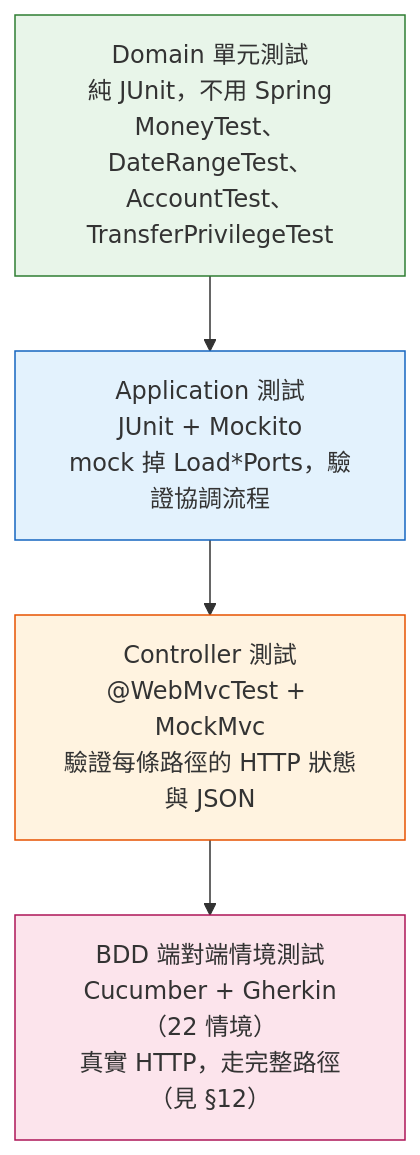
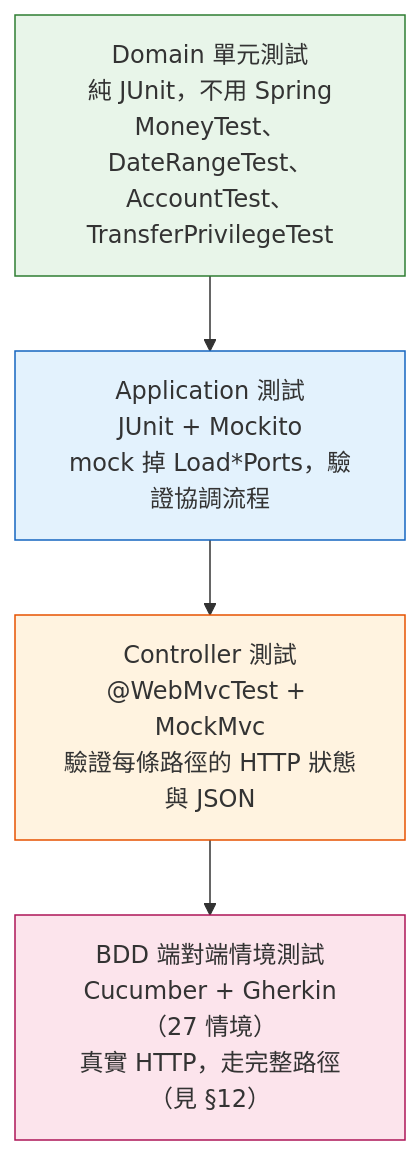
Before and after one commit to ChunPingWang/spring-boot-ddd-hexagonal-cqrs-tutorial: the sixth of 7 diagrams in README.md, drawn with Mermaid. The commit also changed other lines of this file and 24 other files, not shown here.

````diff
--- a/README.md
+++ b/README.md
@@ -452,12 +458,12 @@
 ```mermaid
 flowchart TB
     D["Domain 單元測試<br/>純 JUnit，不用 Spring<br/>MoneyTest、DateRangeTest、AccountTest、TransferPrivilegeTest"]
     A["Application 測試<br/>JUnit + Mockito<br/>mock 掉 Load*Ports，驗證協調流程"]
     W["Controller 測試<br/>@WebMvcTest + MockMvc<br/>驗證每條路徑的 HTTP 狀態與 JSON"]
-    E["BDD 端對端情境測試<br/>Cucumber + Gherkin（22 情境）<br/>真實 HTTP，走完整路徑（見 §12）"]
+    E["BDD 端對端情境測試<br/>Cucumber + Gherkin（27 情境）<br/>真實 HTTP，走完整路徑（見 §12）"]
     D --> A --> W --> E
     style D fill:#e8f5e9,stroke:#2e7d32
     style A fill:#e3f2fd,stroke:#1565c0
     style W fill:#fff3e0,stroke:#e65100
     style E fill:#fce4ec,stroke:#ad1457
 ```
````
